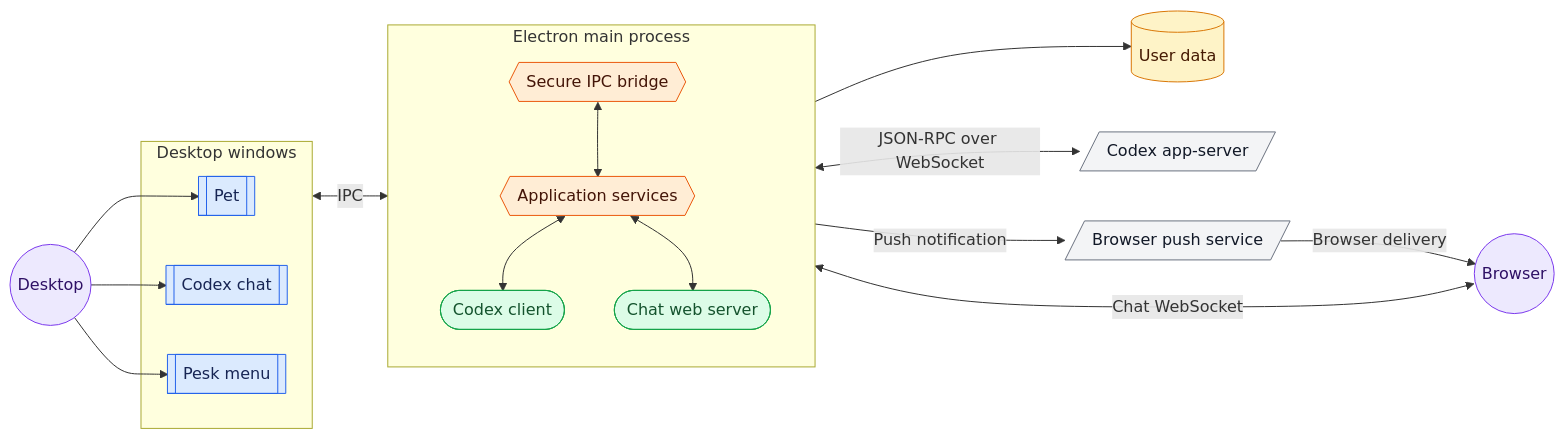
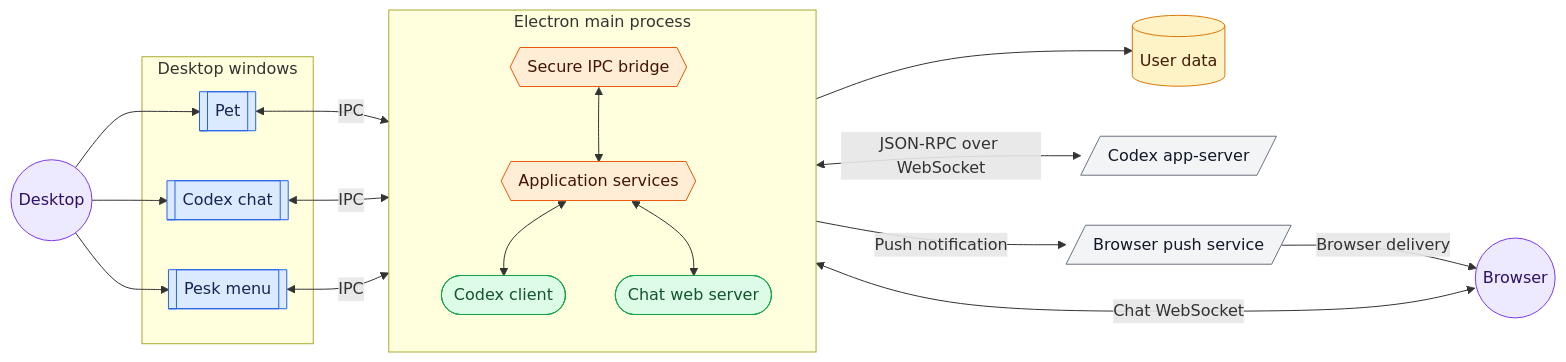
Before and after one commit to dev6699/pesk: the first of 2 diagrams in README.md, drawn with Mermaid.

````diff
--- a/README.md
+++ b/README.md
@@ -23,49 +23,51 @@
 ```mermaid
 flowchart LR
   Desktop((Desktop))
   Browser((Browser))
 
   subgraph Windows[Desktop windows]
     Pet[[Pet]]
     Chat[[Codex chat]]
     Menu[[Pesk menu]]
   end
 
   subgraph Electron[Electron main process]
     direction TB
     Bridge{{Secure IPC bridge}}
     Services{{Application services}}
     Codex([Codex client])
     Web([Chat web server])
     Bridge <--> Services
     Services <--> Codex
     Services <--> Web
   end
 
   Storage[(User data)]
   AppServer[/Codex app-server/]
   Push[/Browser push service/]
 
   Desktop --> Pet
   Desktop --> Chat
   Desktop --> Menu
-  Windows <-->|IPC| Bridge
+  Pet <-->|IPC| Bridge
+  Chat <-->|IPC| Bridge
+  Menu <-->|IPC| Bridge
   Codex <-->|JSON-RPC over WebSocket| AppServer
   Browser <-->|Chat WebSocket| Web
   Web -->|Push notification| Push
   Push -->|Browser delivery| Browser
   Services --> Storage
 
   classDef user fill:#ede9fe,stroke:#7c3aed,color:#2e1065
   classDef window fill:#dbeafe,stroke:#2563eb,color:#172554
   classDef process fill:#ffedd5,stroke:#ea580c,color:#431407
   classDef service fill:#dcfce7,stroke:#16a34a,color:#14532d
   classDef external fill:#f3f4f6,stroke:#6b7280,color:#111827
   classDef storage fill:#fef3c7,stroke:#d97706,color:#451a03
   class Desktop,Browser user
   class Pet,Chat,Menu window
   class Bridge,Services process
   class Codex,Web service
   class AppServer,Push external
   class Storage storage
 ```
````
